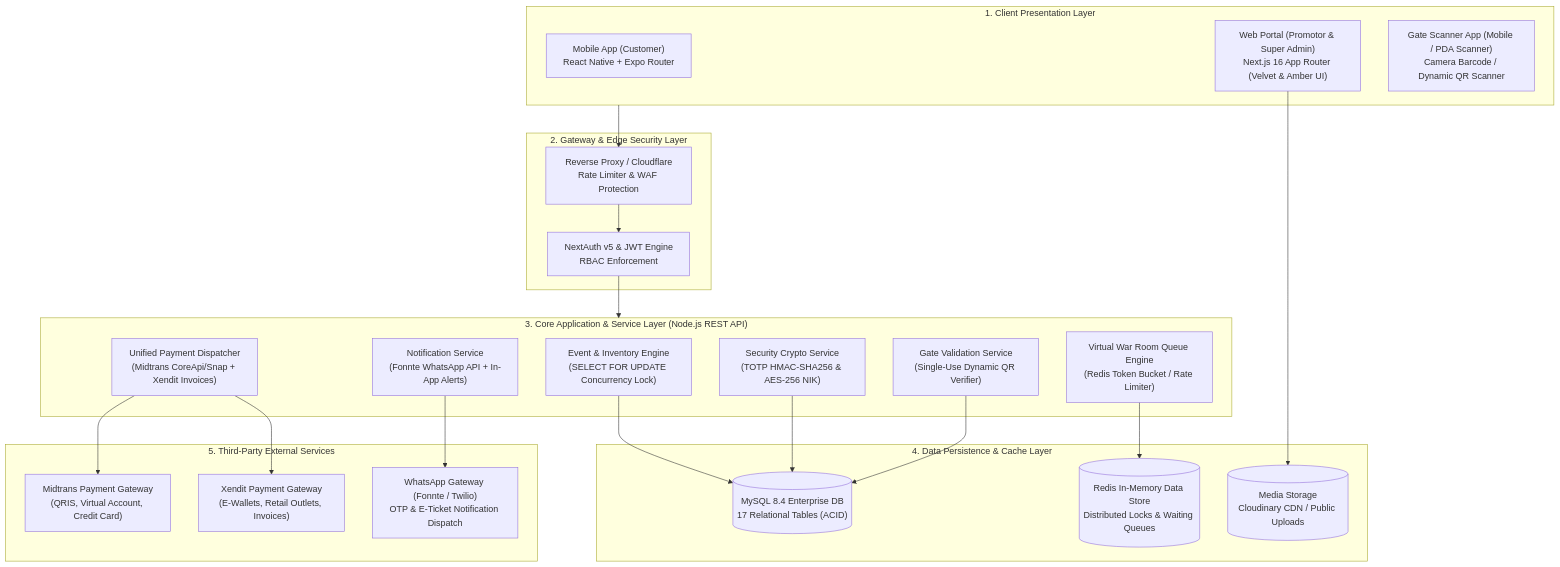
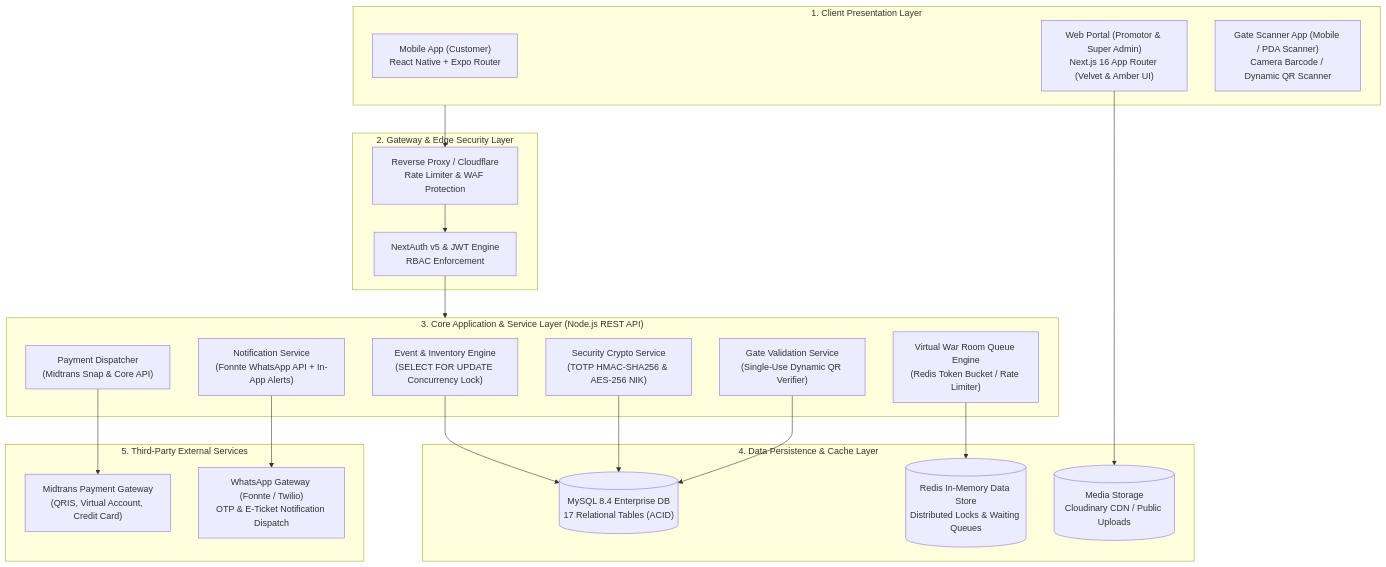
The first of 9 diagrams in RANCANGAN_SISTEM_UML_DAN_ERD.md (Algy2009/Ovation.app), drawn with Mermaid before and after one commit. The commit also changed other lines of this file and 59 other files, not shown here.

Commit message:
feat: consolidate payment gateway to Midtrans, complete mobile scanner, and enhance enterprise ticketing features

````diff
--- a/RANCANGAN_SISTEM_UML_DAN_ERD.md
+++ b/RANCANGAN_SISTEM_UML_DAN_ERD.md
@@ -36,47 +36,45 @@
 ```mermaid
 flowchart TB
     subgraph ClientLayer["1. Client Presentation Layer"]
         MobileApp["Mobile App (Customer)<br>React Native + Expo Router"]
         WebAdmin["Web Portal (Promotor & Super Admin)<br>Next.js 16 App Router (Velvet & Amber UI)"]
         GateScanner["Gate Scanner App (Mobile / PDA Scanner)<br>Camera Barcode / Dynamic QR Scanner"]
     end
 
     subgraph GatewayLayer["2. Gateway & Edge Security Layer"]
         Nginx["Reverse Proxy / Cloudflare<br>Rate Limiter & WAF Protection"]
         AuthModule["NextAuth v5 & JWT Engine<br>RBAC Enforcement"]
     end
 
     subgraph ServiceLayer["3. Core Application & Service Layer (Node.js REST API)"]
         EventService["Event & Inventory Engine<br>(SELECT FOR UPDATE Concurrency Lock)"]
         QueueEngine["Virtual War Room Queue Engine<br>(Redis Token Bucket / Rate Limiter)"]
-        PaymentDispatcher["Unified Payment Dispatcher<br>(Midtrans CoreApi/Snap + Xendit Invoices)"]
+        PaymentDispatcher["Payment Dispatcher<br>(Midtrans Snap & Core API)"]
         CryptoService["Security Crypto Service<br>(TOTP HMAC-SHA256 & AES-256 NIK)"]
         CheckinService["Gate Validation Service<br>(Single-Use Dynamic QR Verifier)"]
         NotifService["Notification Service<br>(Fonnte WhatsApp API + In-App Alerts)"]
     end
 
     subgraph DataLayer["4. Data Persistence & Cache Layer"]
         MySQL[("MySQL 8.4 Enterprise DB<br>17 Relational Tables (ACID)")]
         RedisDB[("Redis In-Memory Data Store<br>Distributed Locks & Waiting Queues")]
         CDNStorage[("Media Storage<br>Cloudinary CDN / Public Uploads")]
     end
 
     subgraph ExternalLayer["5. Third-Party External Services"]
         MidtransPG["Midtrans Payment Gateway<br>(QRIS, Virtual Account, Credit Card)"]
-        XenditPG["Xendit Payment Gateway<br>(E-Wallets, Retail Outlets, Invoices)"]
         WhatsAppAPI["WhatsApp Gateway (Fonnte / Twilio)<br>OTP & E-Ticket Notification Dispatch"]
     end
 
     ClientLayer --> Nginx
     Nginx --> AuthModule
     AuthModule --> ServiceLayer
 
     EventService --> MySQL
     QueueEngine --> RedisDB
     PaymentDispatcher --> MidtransPG
-    PaymentDispatcher --> XenditPG
     CryptoService --> MySQL
     CheckinService --> MySQL
     NotifService --> WhatsAppAPI
     WebAdmin --> CDNStorage
 ```
````
